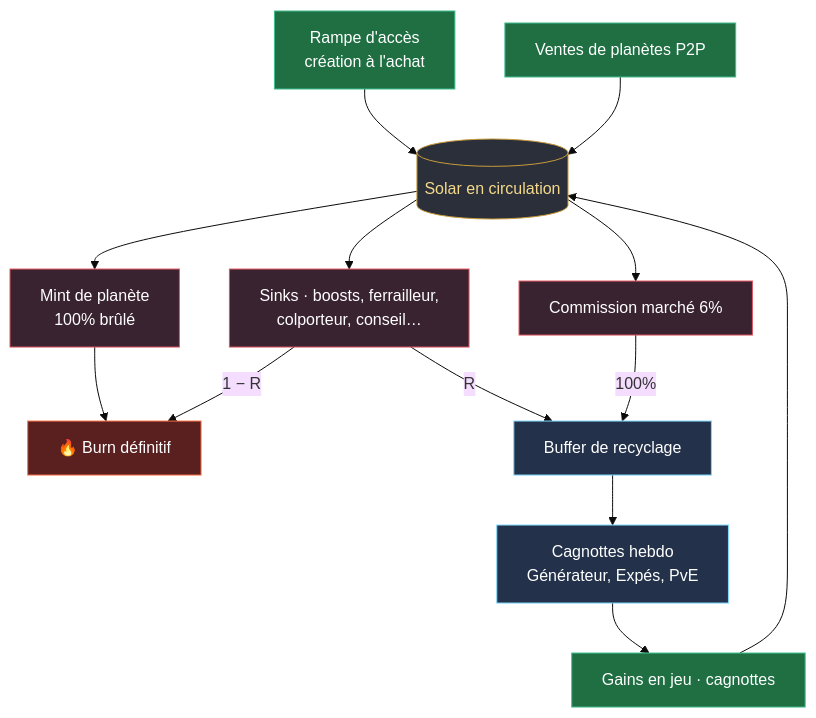
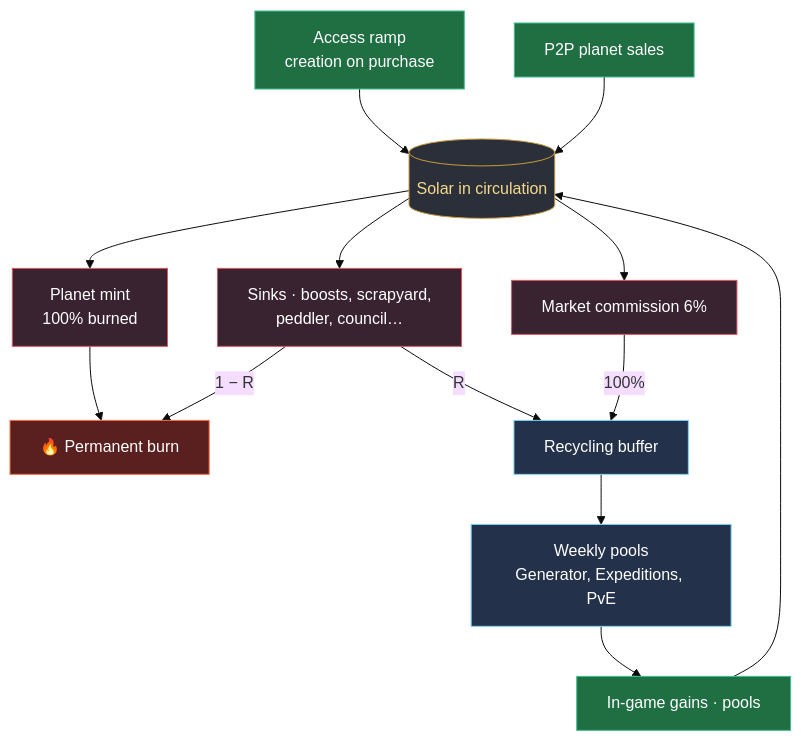
Before and after one commit to DrixPunish/WhitePaperSolaris: the diagram in 6.-tokenomics/6.10.-resume-des-flux-economiques.md, drawn with Mermaid (base theme). The commit also changed other lines of this file and 93 other files, not shown here.

````diff
--- a/6.-tokenomics/6.10.-resume-des-flux-economiques.md
+++ b/6.-tokenomics/6.10.-resume-des-flux-economiques.md
@@ -3,26 +3,26 @@
 ```mermaid
 flowchart TD
-    A[Rampe d'accès<br/>création à l'achat]:::in --> C
-    P[Ventes de planètes P2P]:::in --> C
-    G[Gains en jeu · cagnottes]:::in --> C
+    A[Access ramp<br/>creation on purchase]:::in --> C
+    P[P2P planet sales]:::in --> C
+    G[In-game gains · pools]:::in --> C
 
-    C[(Solar en circulation)]:::circ
+    C[(Solar in circulation)]:::circ
 
-    C --> M[Mint de planète<br/>100% brûlé]:::sink
-    C --> S[Sinks · boosts, ferrailleur,<br/>colporteur, conseil…]:::sink
-    C --> F[Commission marché 6%]:::sink
+    C --> M[Planet mint<br/>100% burned]:::sink
+    C --> S[Sinks · boosts, scrapyard,<br/>peddler, council…]:::sink
+    C --> F[Market commission 6%]:::sink
 
-    M --> BURN[🔥 Burn définitif]:::burn
+    M --> BURN[🔥 Permanent burn]:::burn
     S -->|1 − R| BURN
-    S -->|R| BUF[Buffer de recyclage]:::treas
+    S -->|R| BUF[Recycling buffer]:::treas
     F -->|100%| BUF
 
-    BUF --> CAG[Cagnottes hebdo<br/>Générateur, Expés, PvE]:::treas
+    BUF --> CAG[Weekly pools<br/>Generator, Expeditions, PvE]:::treas
     CAG --> G
 
     classDef in fill:#1f6f43,stroke:#3fbf8f,color:#fff;
     classDef circ fill:#2a2f3a,stroke:#c89b3c,color:#f5d98a;
     classDef sink fill:#3a2330,stroke:#e0555e,color:#fff;
     classDef burn fill:#5a1f1f,stroke:#ff7043,color:#fff;
     classDef treas fill:#23324a,stroke:#7fd8ff,color:#fff;
 ```
````
